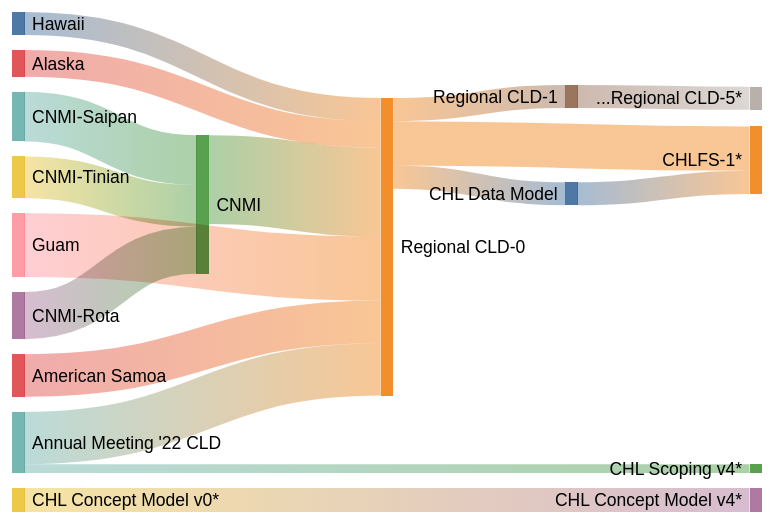
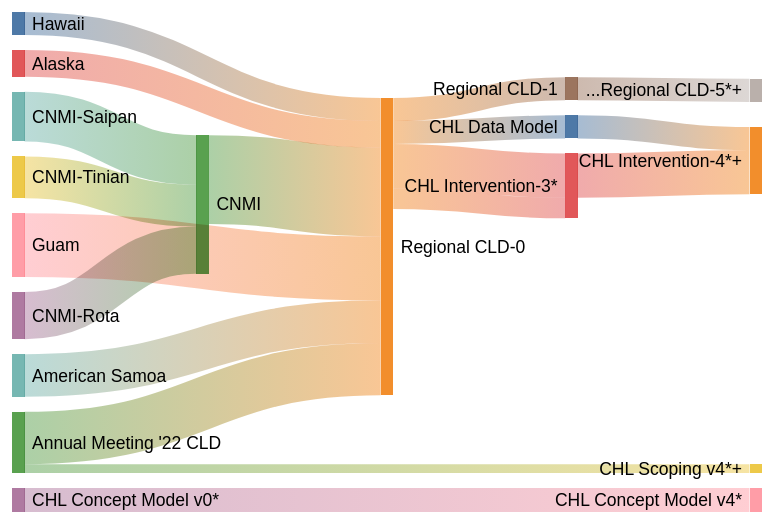
The diagram in CHLFS.md (CBSDLab/sandbox-mermaid), drawn with Mermaid (neutral theme) before and after one commit.

````diff
--- a/CHLFS.md
+++ b/CHLFS.md
@@ -1,27 +1,29 @@
 ```mermaid
 ---
 config:
   sankey:
     showValues: false
 ---
 sankey-beta
 
 
 
 Hawaii,Regional CLD-0,26
 Alaska,Regional CLD-0,30
 CNMI-Saipan,CNMI,56
 CNMI-Tinian,CNMI,47
 CNMI-Rota,CNMI,53
 CNMI,Regional CLD-0,100
 Guam,Regional CLD-0,72
 Regional CLD-0,Regional CLD-1,26
-Regional CLD-1,...Regional CLD-5*,26
+Regional CLD-1,...Regional CLD-5*+,26
 Regional CLD-0,CHL Data Model,26
-CHL Data Model,CHLFS-1*,26
-Regional CLD-0,CHLFS-1*,50
+CHL Data Model,CHL Intervention-4*+,26
+Regional CLD-0,CHL Intervention-3*,50
+Regional CLD-0,CHL Intervention-3*,23
+CHL Intervention-3*,CHL Intervention-4*+,50
 American Samoa,Regional CLD-0,48
 Annual Meeting '22 CLD,Regional CLD-0,59
-Annual Meeting '22 CLD,CHL Scoping v4*,10
+Annual Meeting '22 CLD,CHL Scoping v4*+,10
 CHL Concept Model v0*,CHL Concept Model v4*,27 
 ```
````
